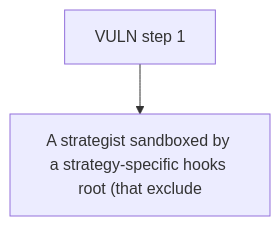
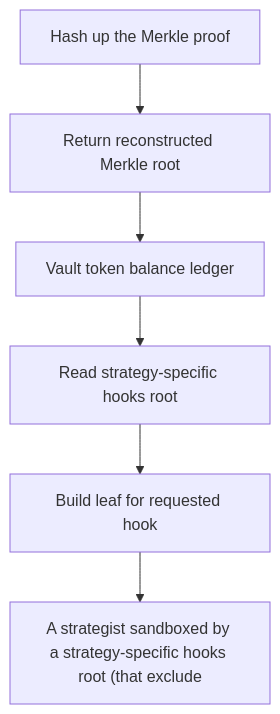
One commit to sanbir/evm-hack-registry changed the diagram in 63076-strategisthooksroot-permissions-may-be-circumvented-by-any-s_exp/63076-strategisthooksroot-permissions-may-be-circumvented-by-any-s_exp.md. Above: the diagram before and after it, drawn with Mermaid. The commit also changed other lines of this file and 79 other files, not shown here.

````diff
--- a/63076-strategisthooksroot-permissions-may-be-circumvented-by-any-s_exp/63076-strategisthooksroot-permissions-may-be-circumvented-by-any-s_exp.md
+++ b/63076-strategisthooksroot-permissions-may-be-circumvented-by-any-s_exp/63076-strategisthooksroot-permissions-may-be-circumvented-by-any-s_exp.md
@@ -28,6 +28,14 @@
 ```mermaid
 flowchart TD
-  S0["VULN step 1"]
+  S0["Hash up the Merkle proof"]
+  S1["Return reconstructed Merkle root"]
+  S2["Vault token balance ledger"]
+  S3["Read strategy-specific hooks root"]
+  S4["Build leaf for requested hook"]
   H["A strategist sandboxed by a strategy-specific hooks root (that exclude"]
-  S0 --> H
+  S0 --> S1
+  S1 --> S2
+  S2 --> S3
+  S3 --> S4
+  S4 --> H
 ```
````
